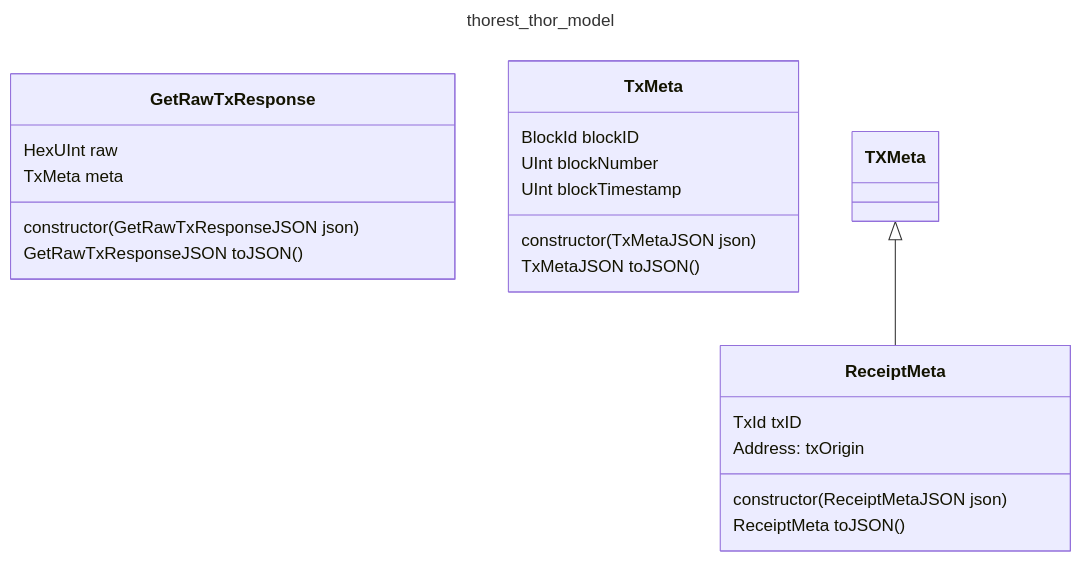
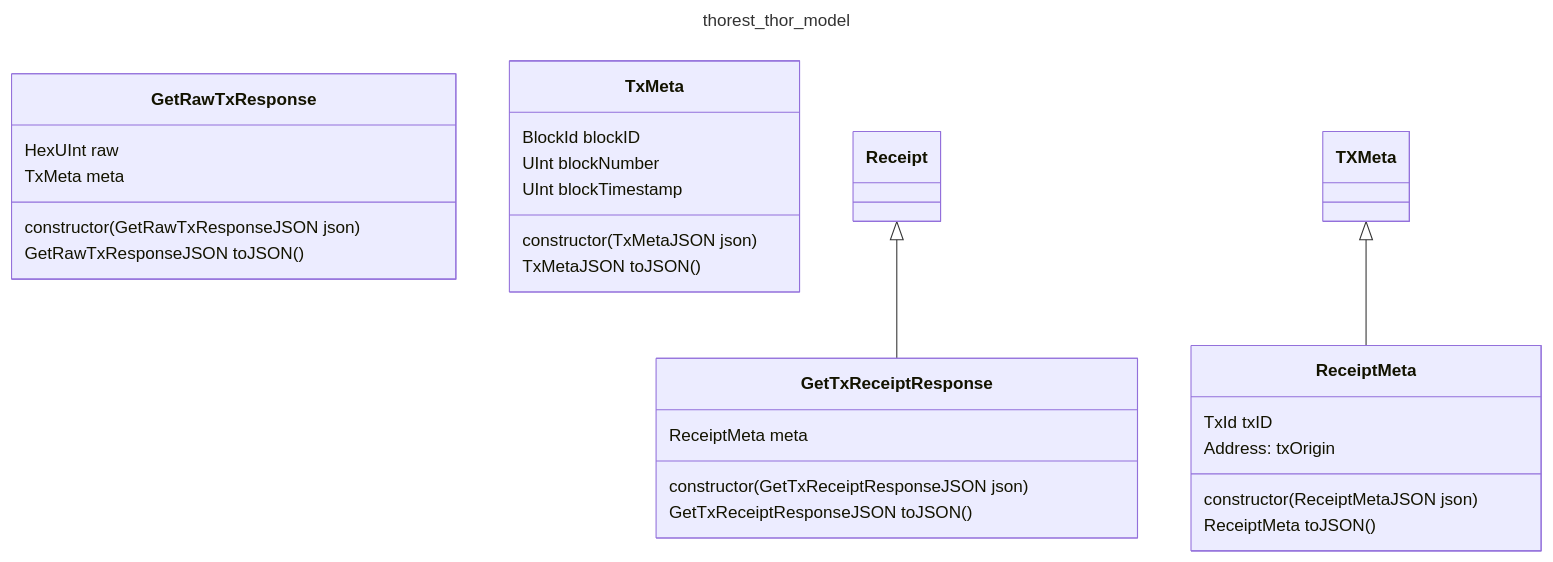
One commit to vechain/vechain-sdk-js changed the diagram in docs/thorest/thor/transactions/transactions.mmd. Above: the diagram before and after it, drawn with Mermaid. The commit also changed 9 other files, not shown here.

```diff
--- a/docs/thorest/thor/transactions/transactions.mmd
+++ b/docs/thorest/thor/transactions/transactions.mmd
@@ -1,24 +1,30 @@
 ---
 title: thorest_thor_model
 ---
 classDiagram
     class GetRawTxResponse {
         HexUInt raw
         TxMeta meta
         constructor(GetRawTxResponseJSON json)
         GetRawTxResponseJSON toJSON()
+    }
+    class GetTxReceiptResponse {
+        ReceiptMeta meta
+        constructor(GetTxReceiptResponseJSON json)
+        GetTxReceiptResponseJSON toJSON()
     }
     class ReceiptMeta {
         TxId txID
         Address: txOrigin
         constructor(ReceiptMetaJSON json)
         ReceiptMeta toJSON()
     }
     class TxMeta {
         BlockId blockID
         UInt blockNumber
         UInt blockTimestamp
         constructor(TxMetaJSON json)
         TxMetaJSON toJSON()
     }
+    Receipt <|-- GetTxReceiptResponse
     TXMeta <|-- ReceiptMeta
```
